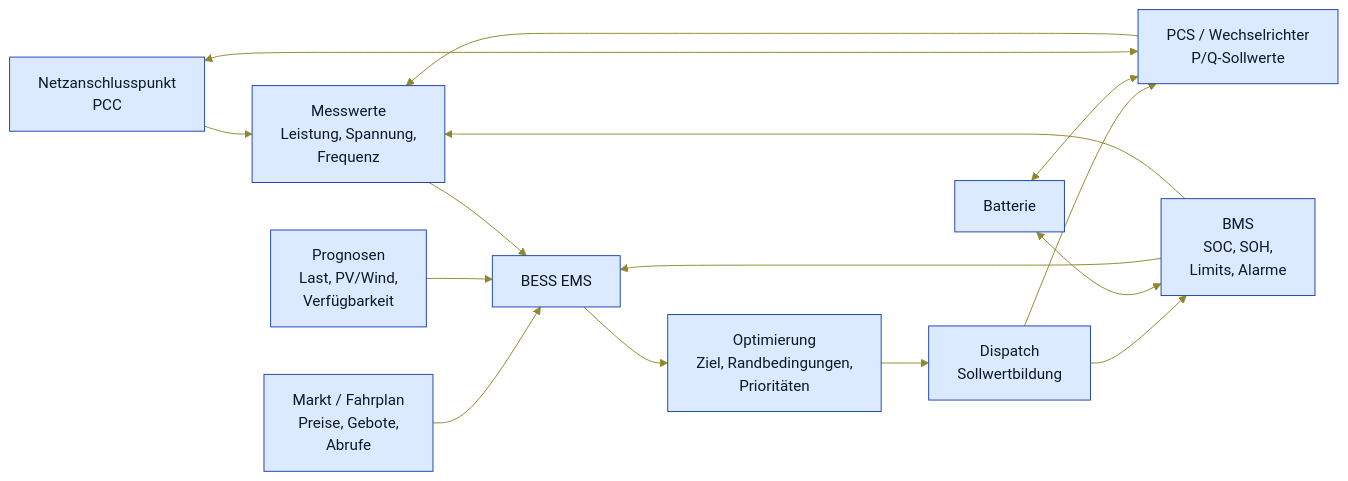
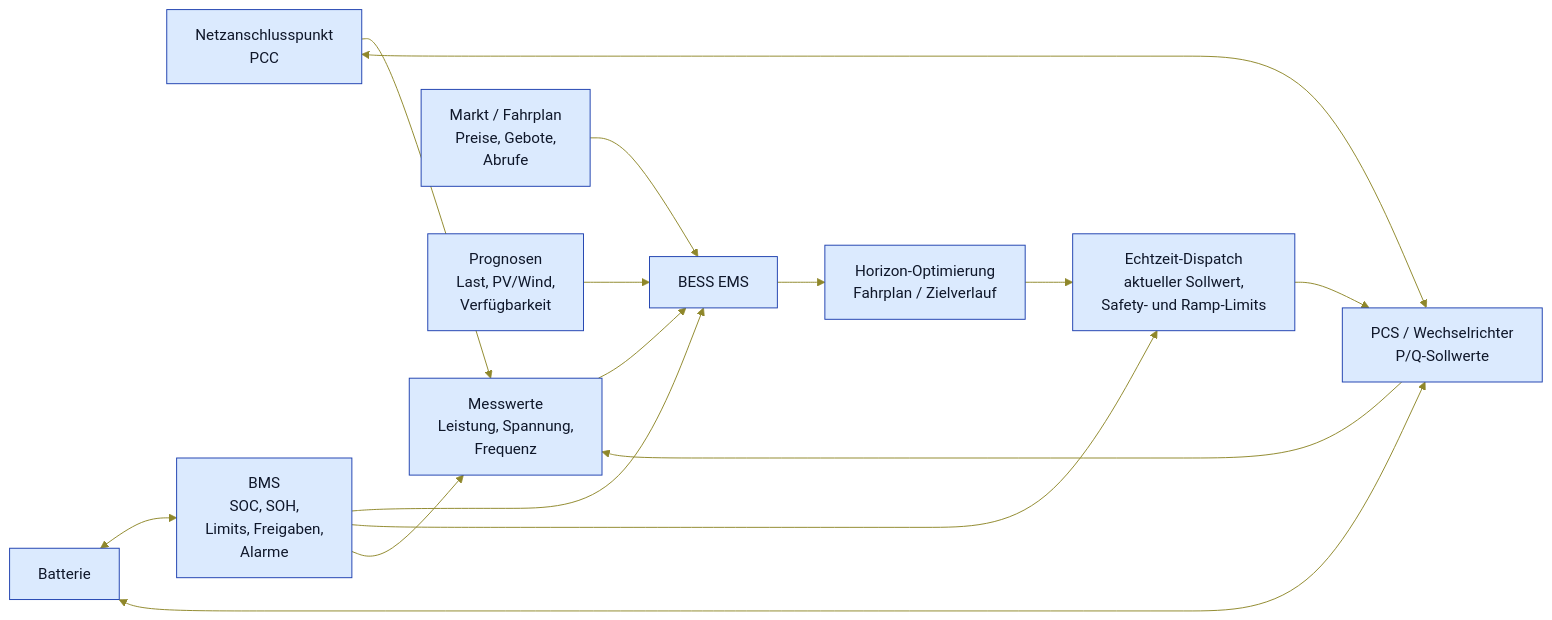
One commit to pt9912/bess-ems changed the diagram in docs/user/bess-ems-function.md. Above: the diagram before and after it, drawn with Mermaid. The commit also changed other lines of this file, not shown here.

Commit message:
Refine BESS EMS function documentation

````diff
--- a/docs/user/bess-ems-function.md
+++ b/docs/user/bess-ems-function.md
@@ -19,22 +19,22 @@
 ```mermaid
 %%{init: {'theme':'base','themeVariables':{'background':'#f8fafc','primaryColor':'#dbeafe','primaryTextColor':'#0f172a','primaryBorderColor':'#1e40af','lineColor':'#8f872a','secondaryColor':'#fef3c7','tertiaryColor':'#dcfce7','noteBkgColor':'#fef3c7','noteTextColor':'#0f172a','noteBorderColor':'#a16207','actorBkg':'#dbeafe','actorBorder':'#1e40af','actorTextColor':'#0f172a','actorLineColor':'#475569','signalColor':'#0f172a','signalTextColor':'#0f172a','sequenceNumberColor':'#ffffff','labelTextColor':'#0f172a','loopTextColor':'#0f172a','edgeLabelBackground':'#f8fafc'}}}%%
 flowchart LR
   Grid[Netzanschlusspunkt<br/>PCC] --> Measurements[Messwerte<br/>Leistung, Spannung,<br/>Frequenz]
   Market[Markt / Fahrplan<br/>Preise, Gebote,<br/>Abrufe] --> EMS[BESS EMS]
   Forecast[Prognosen<br/>Last, PV/Wind,<br/>Verfügbarkeit] --> EMS
   Measurements --> EMS
-  BMS[BMS<br/>SOC, SOH,<br/>Limits, Alarme] --> EMS
+  BMS[BMS<br/>SOC, SOH,<br/>Limits, Freigaben,<br/>Alarme] --> EMS
 
-  EMS --> Optimizer[Optimierung<br/>Ziel, Randbedingungen,<br/>Prioritäten]
-  Optimizer --> Dispatcher[Dispatch<br/>Sollwertbildung]
+  EMS --> ScheduleOptimizer[Horizon-Optimierung<br/>Fahrplan / Zielverlauf]
+  ScheduleOptimizer --> Dispatcher[Echtzeit-Dispatch<br/>aktueller Sollwert,<br/>Safety- und Ramp-Limits]
+  BMS --> Dispatcher
 
   Dispatcher --> PCS[PCS / Wechselrichter<br/>P/Q-Sollwerte]
-  Dispatcher --> BMS
 
   Battery[Batterie] <--> BMS
   Battery <--> PCS
   PCS <--> Grid
 
   PCS --> Measurements
   BMS --> Measurements
 ```
````
